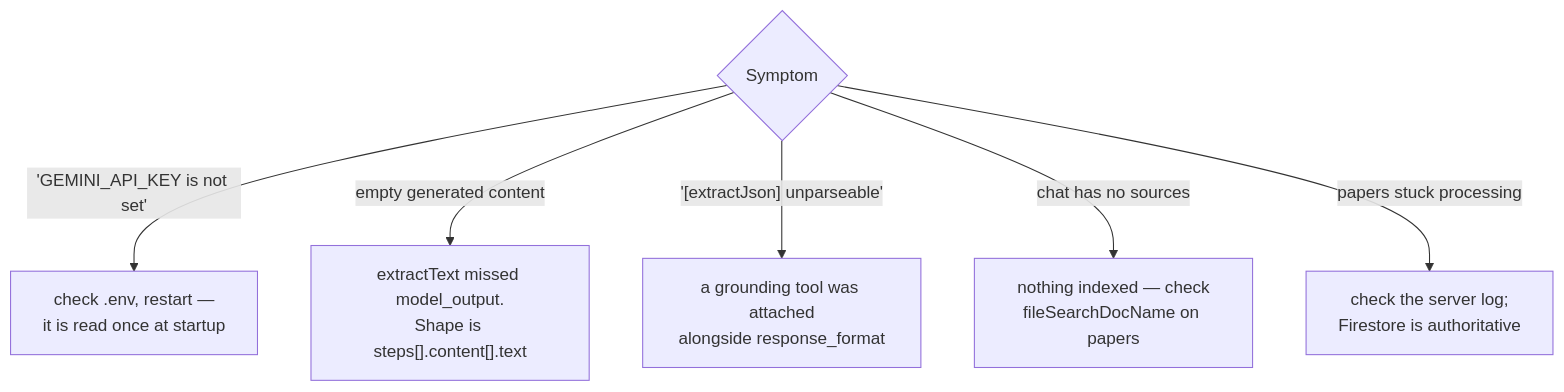
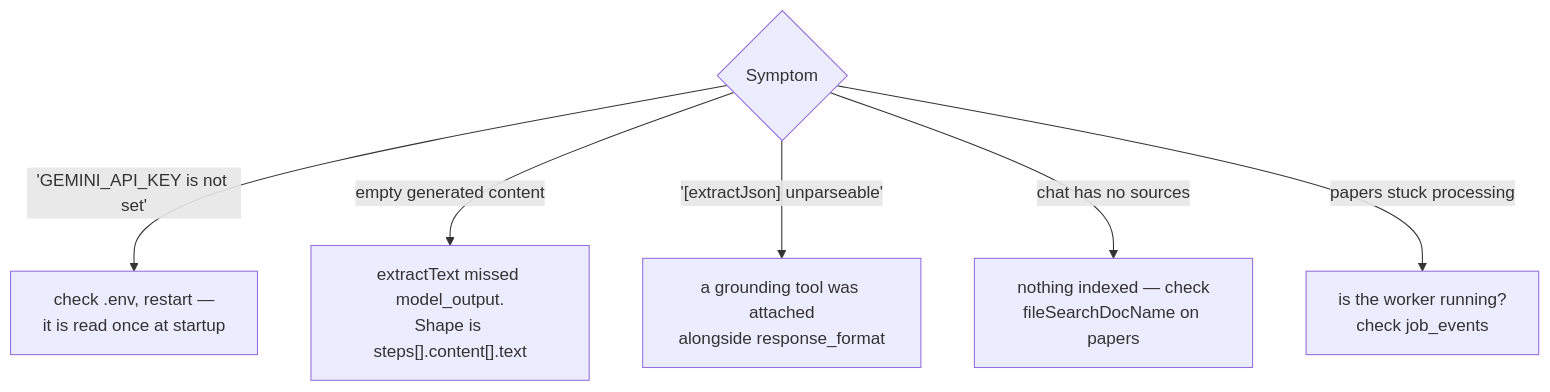
One commit to BuildGeekAI/scholar-mind changed the fourth of 4 diagrams in docs/development/README.md. Above: the diagram before and after it, drawn with Mermaid. The commit also changed other lines of this file and 6 other files, not shown here.

````diff
--- a/docs/development/README.md
+++ b/docs/development/README.md
@@ -148,9 +207,9 @@
 ```mermaid
 flowchart TD
     S{"Symptom"}
     S -->|"'GEMINI_API_KEY is not set'"| A["check .env, restart —<br/>it is read once at startup"]
     S -->|"empty generated content"| B["extractText missed model_output.<br/>Shape is steps[].content[].text"]
     S -->|"'[extractJson] unparseable'"| C["a grounding tool was attached<br/>alongside response_format"]
     S -->|"chat has no sources"| D["nothing indexed — check<br/>fileSearchDocName on papers"]
-    S -->|"papers stuck processing"| E["check the server log;<br/>Firestore is authoritative"]
+    S -->|"papers stuck processing"| E["is the worker running?<br/>check job_events"]
 ```
````
